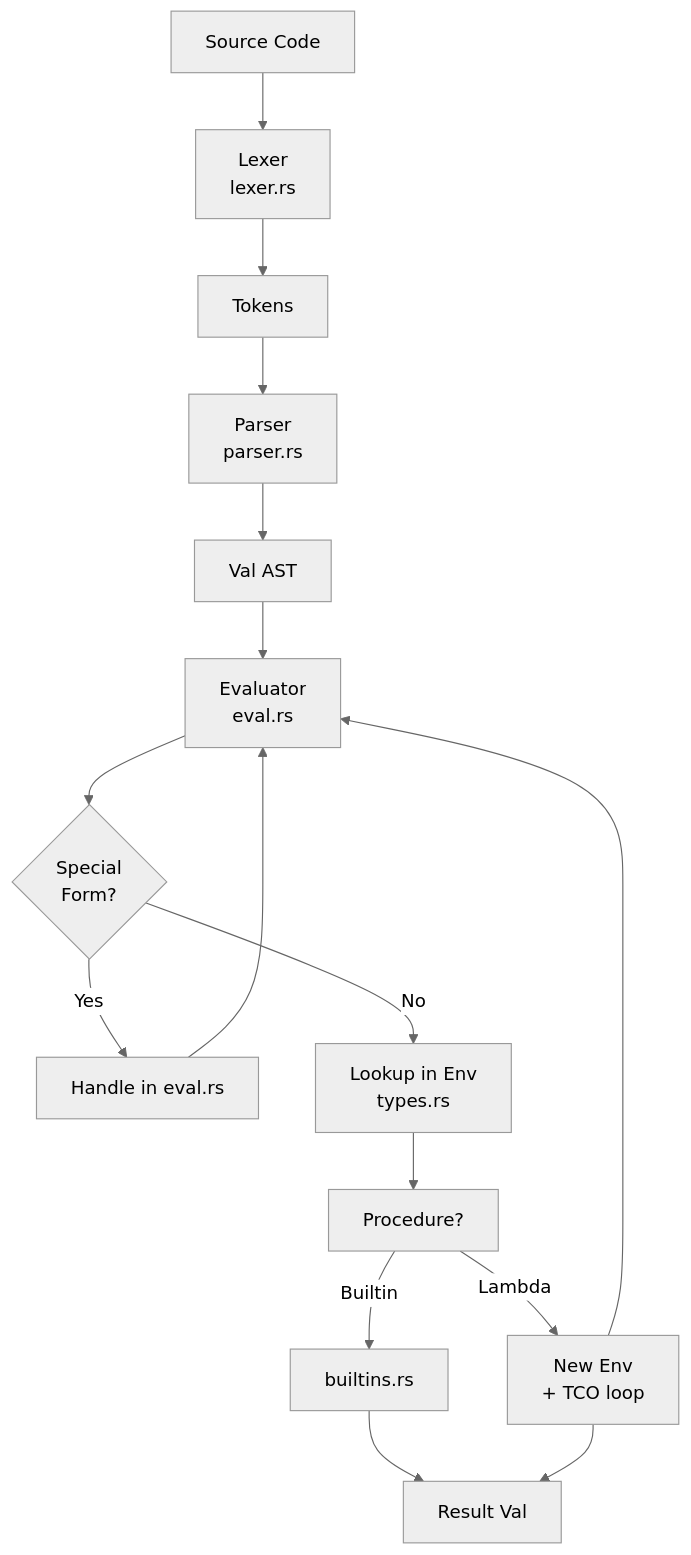
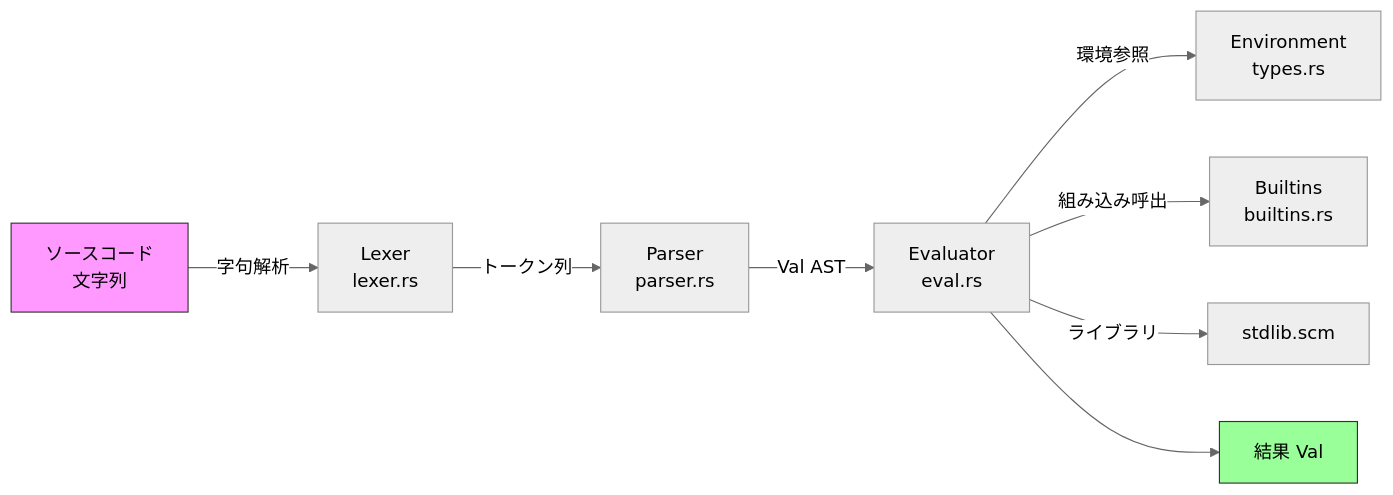
Before and after one commit to suchi/sucheme-rust: the first of 6 diagrams in docs/ONBOARDING.md, drawn with Mermaid (neutral theme). The commit also changed other lines of this file and 29 other files, not shown here.

Commit message:
Add Japanese docs with Mermaid diagrams, R5RS compliance table, 20-chapter tutorial, and enhanced CLI

````diff
--- a/docs/ONBOARDING.md
+++ b/docs/ONBOARDING.md
@@ -105,18 +113,13 @@
 ```mermaid
-flowchart TD
-    A[Source Code] --> B[Lexer\nlexer.rs]
-    B --> C[Tokens]
-    C --> D[Parser\nparser.rs]
-    D --> E[Val AST]
-    E --> F[Evaluator\neval.rs]
-    F --> G{Special\nForm?}
-    G -- Yes --> H[Handle in eval.rs]
-    G -- No --> I[Lookup in Env\ntypes.rs]
-    I --> J[Procedure?]
-    J -- Builtin --> K[builtins.rs]
-    J -- Lambda --> L[New Env\n+ TCO loop]
-    H --> F
-    L --> F
-    K --> M[Result Val]
-    L --> M
+flowchart LR
+    A["ソースコード\n文字列"] -->|字句解析| B["Lexer\nlexer.rs"]
+    B -->|トークン列| C["Parser\nparser.rs"]
+    C -->|Val AST| D["Evaluator\neval.rs"]
+    D -->|環境参照| E["Environment\ntypes.rs"]
+    D -->|組み込み呼出| F["Builtins\nbuiltins.rs"]
+    D -->|ライブラリ| G["stdlib.scm"]
+    D --> H["結果 Val"]
+
+    style A fill:#f9f,stroke:#333
+    style H fill:#9f9,stroke:#333
 ```
````
